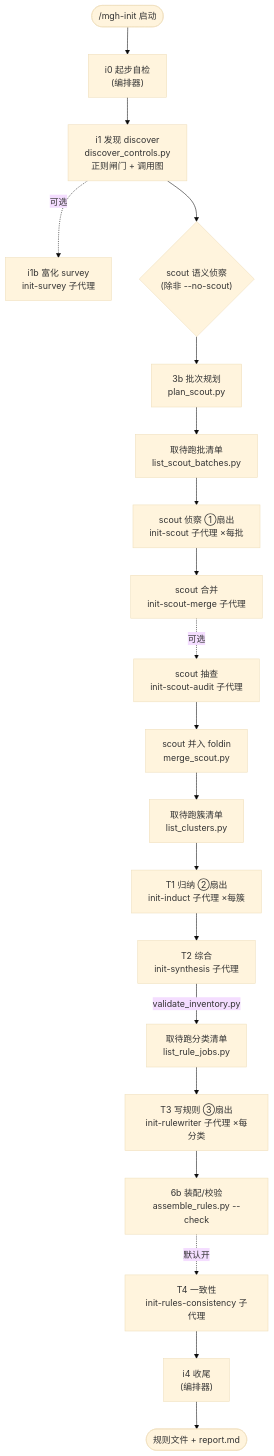
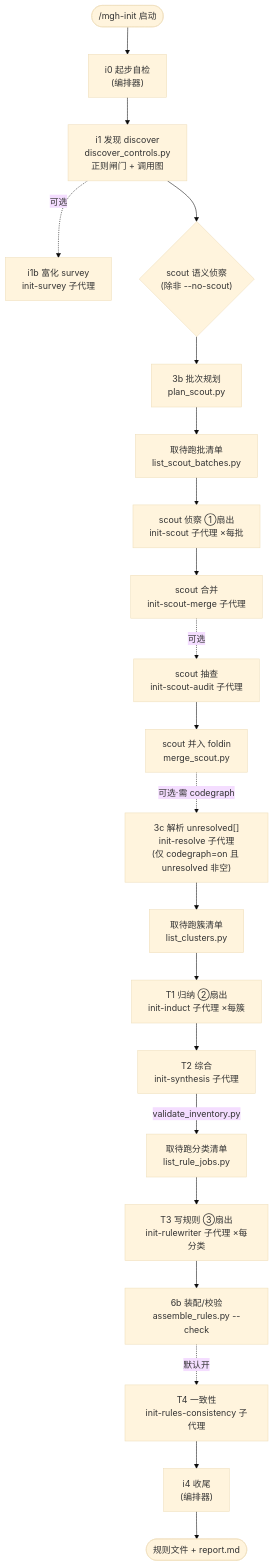
The diagram in docs/mgh-init-工作流程详解.md (Ba6231roer/m3g4horness), drawn with Mermaid (base theme) before and after one commit. The commit also changed other lines of this file and 71 other files, not shown here.

Commit message:
improve-mgh-init-codegraph-enrichment, improve-mgh-sra-codegraph-enrichment, add-mgh-srr

````diff
--- a/docs/mgh-init-工作流程详解.md
+++ b/docs/mgh-init-工作流程详解.md
@@ -52,22 +54,23 @@
 ```mermaid
 flowchart TD
     Start(["/mgh-init 启动"]) --> i0["i0 起步自检<br/>(编排器)"]
     i0 --> i1["i1 发现 discover<br/>discover_controls.py<br/>正则闸门 + 调用图"]
     i1 -.->|可选| i1b["i1b 富化 survey<br/>init-survey 子代理"]
     i1 --> scout{"scout 语义侦察<br/>(除非 --no-scout)"}
     scout --> sp["3b 批次规划<br/>plan_scout.py"]
     sp --> se["取待跑批清单<br/>list_scout_batches.py"]
     se --> reader["scout 侦察 ①扇出<br/>init-scout 子代理 ×每批"]
     reader --> smerge["scout 合并<br/>init-scout-merge 子代理"]
     smerge -.->|可选| saudit["scout 抽查<br/>init-scout-audit 子代理"]
     saudit --> foldin["scout 并入 foldin<br/>merge_scout.py"]
-    foldin --> t1e["取待跑簇清单<br/>list_clusters.py"]
+    foldin -.->|可选·需 codegraph| resolve["3c 解析 unresolved[]<br/>init-resolve 子代理<br/>(仅 codegraph=on 且 unresolved 非空)"]
+    resolve --> t1e["取待跑簇清单<br/>list_clusters.py"]
     t1e --> t1["T1 归纳 ②扇出<br/>init-induct 子代理 ×每簇"]
     t1 --> t2["T2 综合<br/>init-synthesis 子代理"]
     t2 -->|validate_inventory.py| t3e["取待跑分类清单<br/>list_rule_jobs.py"]
     t3e --> t3["T3 写规则 ③扇出<br/>init-rulewriter 子代理 ×每分类"]
     t3 --> asm["6b 装配/校验<br/>assemble_rules.py --check"]
     asm -.->|默认开| t4["T4 一致性<br/>init-rules-consistency 子代理"]
     t4 --> i4["i4 收尾<br/>(编排器)"]
     i4 --> Out(["规则文件 + report.md"])
 ```
````
